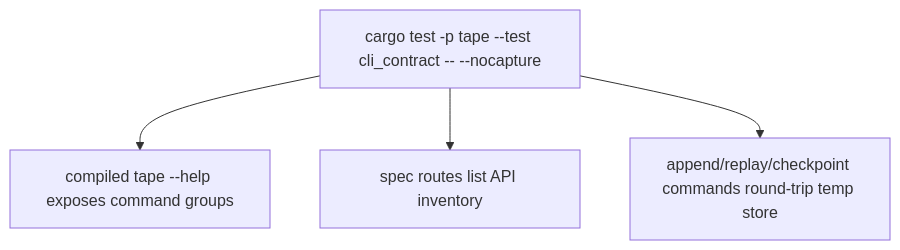
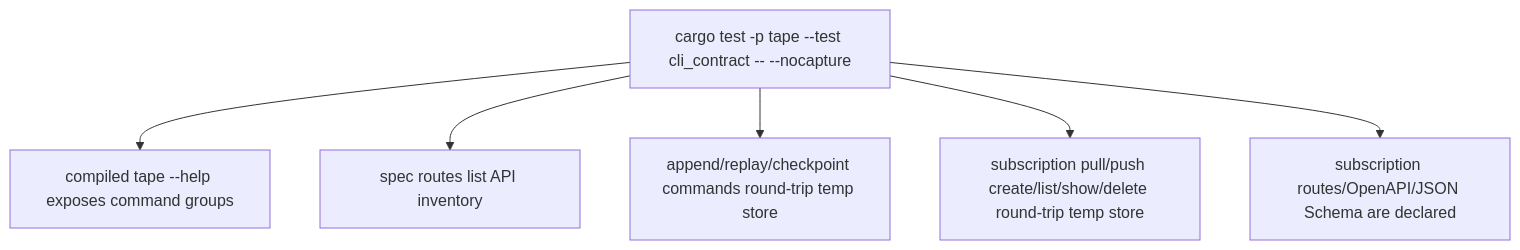
Before and after one commit to chrischeng-c4/axiom: the diagram in apps/tape/tech-design/semantic/source/apps-tape-tests-cli-contract-rs.md, drawn with Mermaid. The commit also changed other lines of this file and 4 other files, not shown here.

````diff
--- a/apps/tape/tech-design/semantic/source/apps-tape-tests-cli-contract-rs.md
+++ b/apps/tape/tech-design/semantic/source/apps-tape-tests-cli-contract-rs.md
@@ -31,9 +39,11 @@
 ```mermaid
 ---
 id: tape-td-flow
 ---
 flowchart TD
     test["cargo test -p tape --test cli_contract -- --nocapture"] --> help["compiled tape --help exposes command groups"]
     test --> spec["spec routes list API inventory"]
     test --> workflow["append/replay/checkpoint commands round-trip temp store"]
+    test --> subscriptions["subscription pull/push create/list/show/delete round-trip temp store"]
+    test --> subscription_spec["subscription routes/OpenAPI/JSON Schema are declared"]
 ```
````
